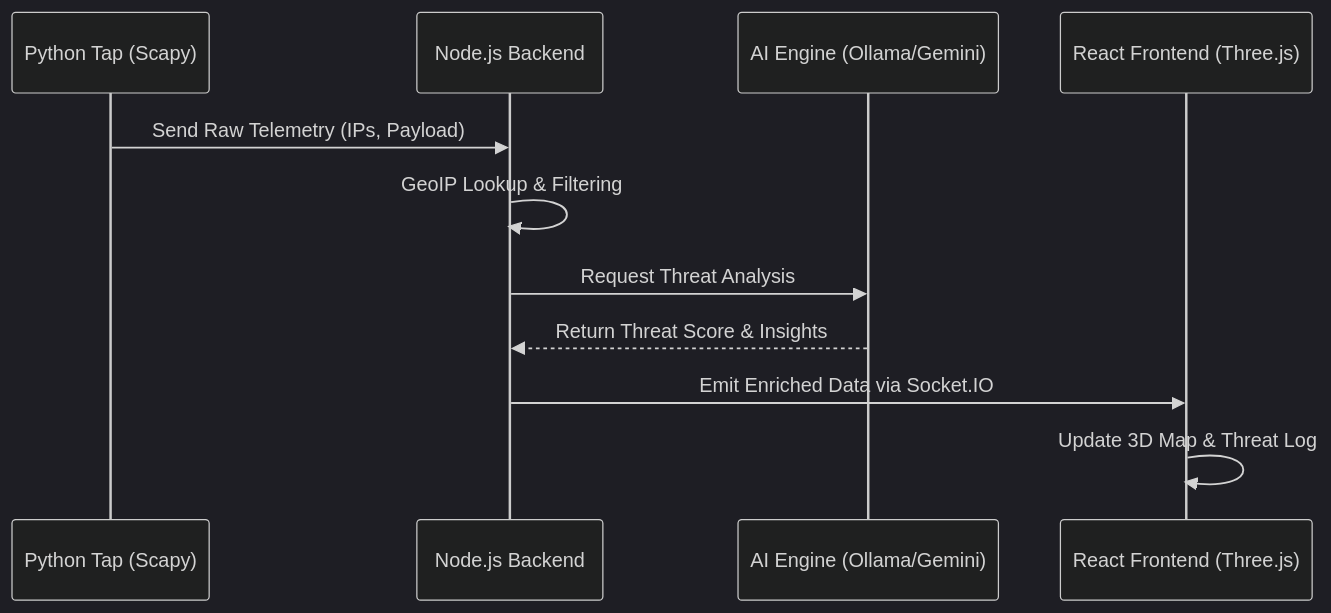
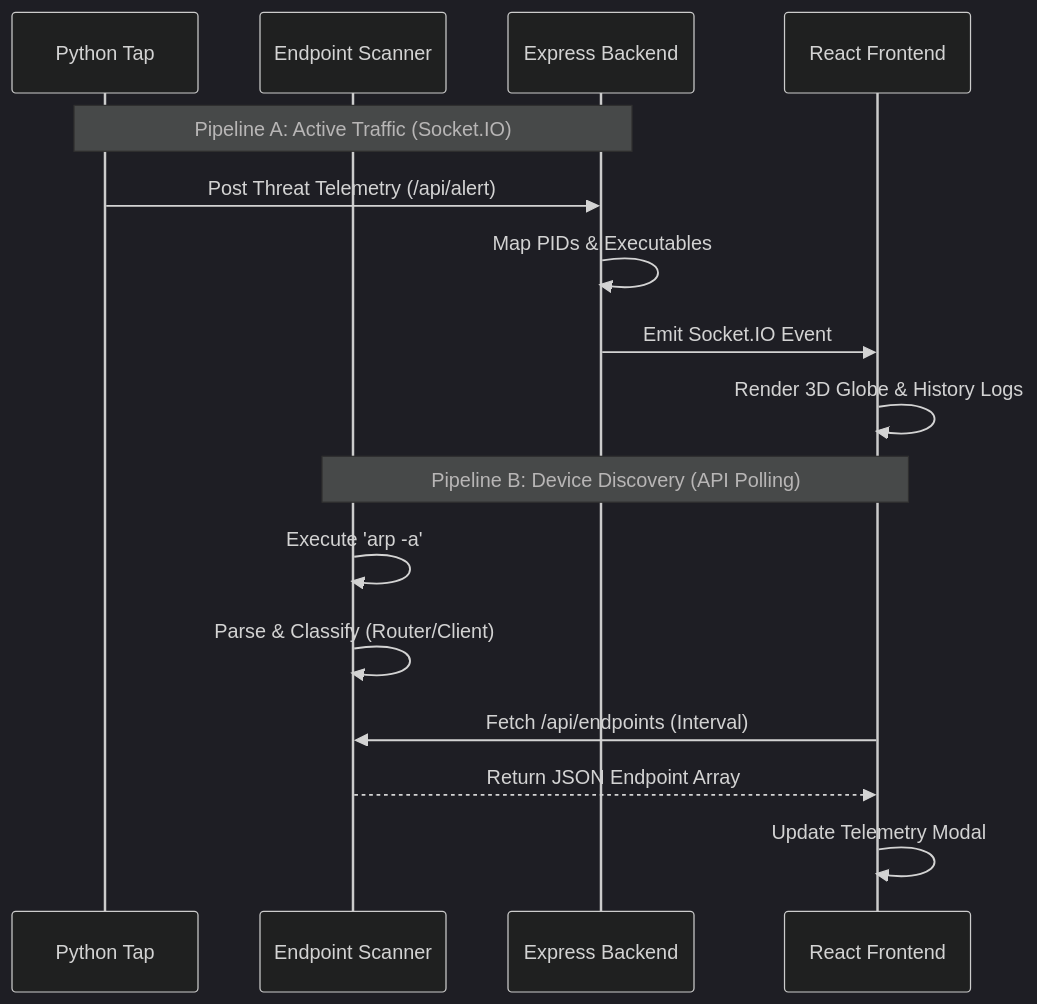
The second of 2 diagrams in docs/SRS.md (prasad-sec/NetGuard-Bharat), drawn with Mermaid (dark theme) before and after one commit. The commit also changed other lines of this file and 15 other files, not shown here.

Commit message:
feat: implement mobile telemetry interception, aggressive polling, and unified PDF reporting

````diff
--- a/docs/SRS.md
+++ b/docs/SRS.md
@@ -93,14 +105,20 @@
 ```mermaid
 sequenceDiagram
-    participant Tap as Python Tap (Scapy)
-    participant Backend as Node.js Backend
-    participant AI as AI Engine (Ollama/Gemini)
-    participant UI as React Frontend (Three.js)
-
-    Tap->>Backend: Send Raw Telemetry (IPs, Payload)
-    Backend->>Backend: GeoIP Lookup & Filtering
-    Backend->>AI: Request Threat Analysis
-    AI-->>Backend: Return Threat Score & Insights
-    Backend->>UI: Emit Enriched Data via Socket.IO
-    UI->>UI: Update 3D Map & Threat Log
+    participant Tap as Python Tap
+    participant Scanner as Endpoint Scanner
+    participant Backend as Express Backend
+    participant UI as React Frontend
+    
+    note over Tap, Backend: Pipeline A: Active Traffic (Socket.IO)
+    Tap->>Backend: Post Threat Telemetry (/api/alert)
+    Backend->>Backend: Map PIDs & Executables
+    Backend->>UI: Emit Socket.IO Event
+    UI->>UI: Render 3D Globe & History Logs
+    
+    note over Scanner, UI: Pipeline B: Device Discovery (API Polling)
+    Scanner->>Scanner: Execute 'arp -a'
+    Scanner->>Scanner: Parse & Classify (Router/Client)
+    UI->>Scanner: Fetch /api/endpoints (Interval)
+    Scanner-->>UI: Return JSON Endpoint Array
+    UI->>UI: Update Telemetry Modal
 ```
````
